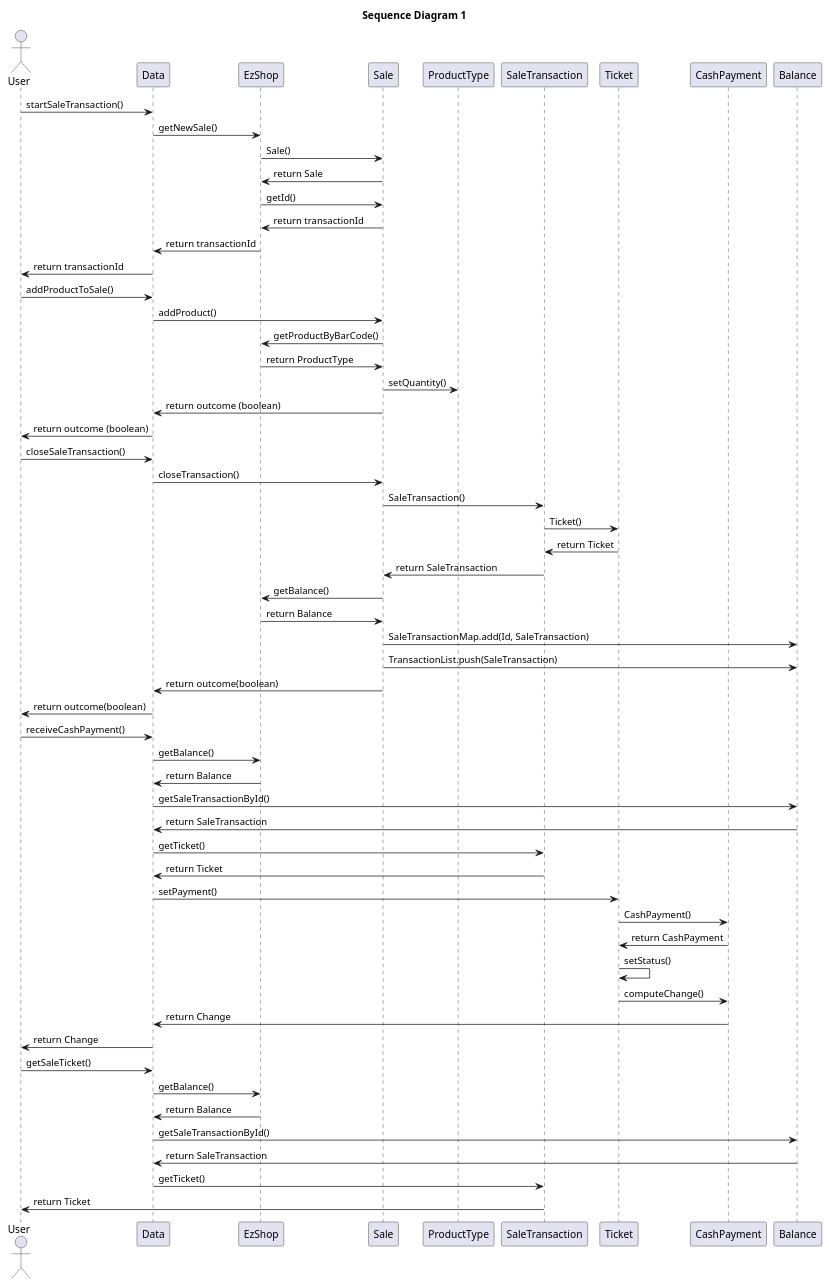
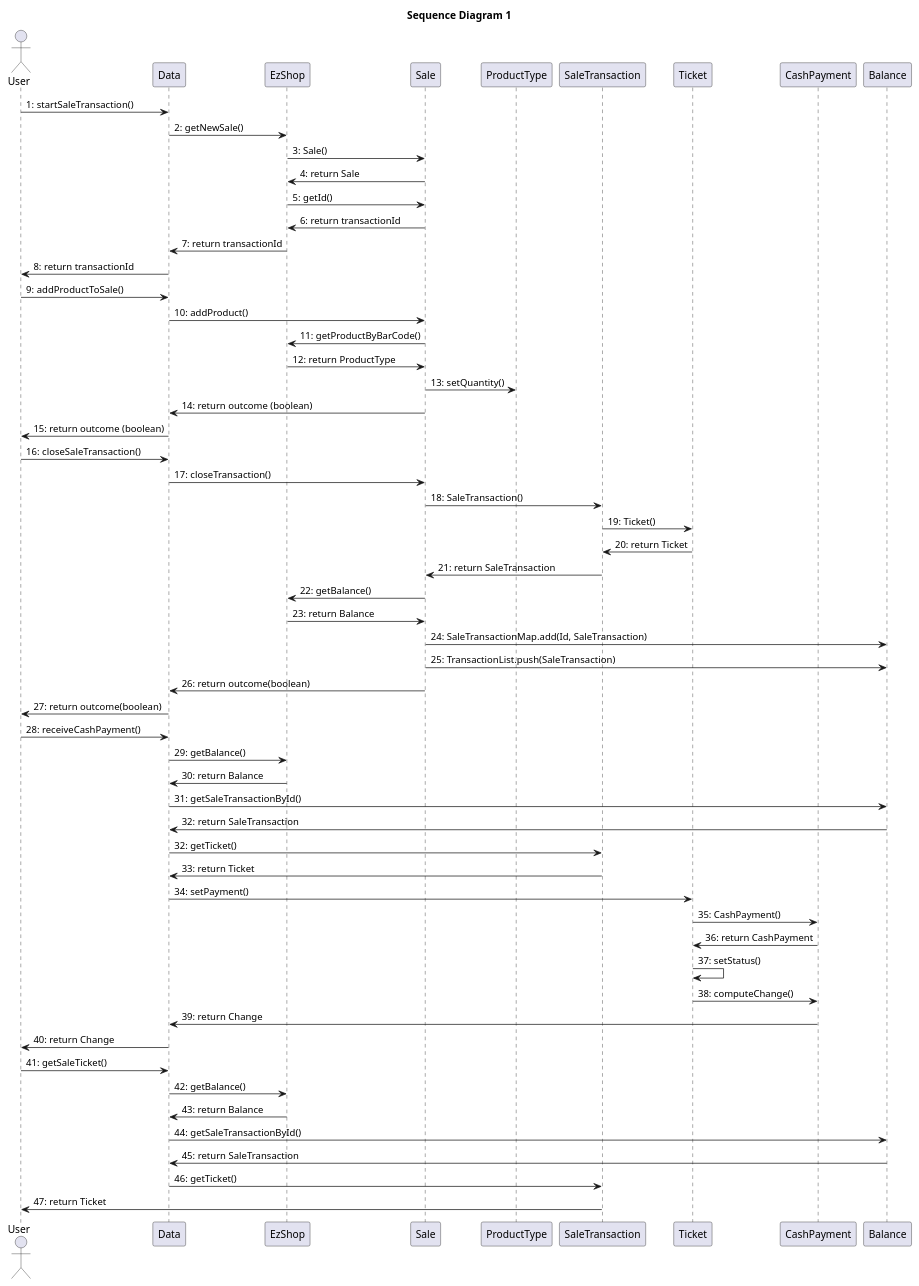
Before and after one commit to paolotron/EzshoProject31: the third of 3 diagrams in Deliverables/DesignDocument.md, drawn with PlantUML.

````diff
--- a/Deliverables/DesignDocument.md
+++ b/Deliverables/DesignDocument.md
@@ -309,63 +309,63 @@
 ``` plantuml
 @startuml
 title "Sequence Diagram 1"
 actor User
 participant Data
 participant EzShop
 participant Sale
 participant ProductType
 participant SaleTransaction
 participant Ticket
 participant CashPayment
 
-User -> Data: startSaleTransaction()
-Data -> EzShop: getNewSale()
-EzShop -> Sale: Sale()
-Sale -> EzShop: return Sale
-EzShop -> Sale: getId()
-Sale -> EzShop: return transactionId
-EzShop -> Data: return transactionId
-Data -> User: return transactionId
-User -> Data: addProductToSale()
-Data -> Sale: addProduct()
-Sale -> EzShop: getProductByBarCode()
-EzShop -> Sale: return ProductType
-Sale -> ProductType: setQuantity()
-Sale -> Data: return outcome (boolean)
-Data -> User: return outcome (boolean)
-User -> Data: closeSaleTransaction()
-Data -> Sale: closeTransaction()
-Sale -> SaleTransaction: SaleTransaction()
-SaleTransaction -> Ticket: Ticket()
-Ticket -> SaleTransaction: return Ticket
-SaleTransaction -> Sale: return SaleTransaction
-Sale -> EzShop: getBalance()
-EzShop -> Sale: return Balance
-Sale -> Balance: SaleTransactionMap.add(Id, SaleTransaction)
-Sale -> Balance: TransactionList.push(SaleTransaction)
-Sale -> Data: return outcome(boolean)
-Data -> User: return outcome(boolean)
-User -> Data: receiveCashPayment()
-Data -> EzShop: getBalance()
-EzShop -> Data: return Balance
-Data -> Balance: getSaleTransactionById()
-Balance -> Data: return SaleTransaction
-Data -> SaleTransaction: getTicket()
-SaleTransaction -> Data: return Ticket
-Data -> Ticket: setPayment()
-Ticket -> CashPayment: CashPayment()
-CashPayment -> Ticket: return CashPayment
-Ticket -> Ticket: setStatus()
-Ticket -> CashPayment: computeChange()
-CashPayment -> Data: return Change
-Data -> User: return Change
-User -> Data: getSaleTicket()
-Data -> EzShop: getBalance()
-EzShop -> Data: return Balance
-Data -> Balance: getSaleTransactionById()
-Balance -> Data: return SaleTransaction
-Data -> SaleTransaction: getTicket()
-SaleTransaction -> User: return Ticket
+User -> Data: 1: startSaleTransaction()
+Data -> EzShop: 2: getNewSale()
+EzShop -> Sale: 3: Sale()
+Sale -> EzShop: 4: return Sale
+EzShop -> Sale: 5: getId()
+Sale -> EzShop: 6: return transactionId
+EzShop -> Data: 7: return transactionId
+Data -> User: 8: return transactionId
+User -> Data: 9: addProductToSale()
+Data -> Sale: 10: addProduct()
+Sale -> EzShop: 11: getProductByBarCode()
+EzShop -> Sale: 12: return ProductType
+Sale -> ProductType: 13: setQuantity()
+Sale -> Data: 14: return outcome (boolean)
+Data -> User: 15: return outcome (boolean)
+User -> Data: 16: closeSaleTransaction()
+Data -> Sale: 17: closeTransaction()
+Sale -> SaleTransaction: 18: SaleTransaction()
+SaleTransaction -> Ticket: 19: Ticket()
+Ticket -> SaleTransaction: 20: return Ticket
+SaleTransaction -> Sale: 21: return SaleTransaction
+Sale -> EzShop: 22: getBalance()
+EzShop -> Sale: 23: return Balance
+Sale -> Balance: 24: SaleTransactionMap.add(Id, SaleTransaction)
+Sale -> Balance: 25: TransactionList.push(SaleTransaction)
+Sale -> Data: 26: return outcome(boolean)
+Data -> User: 27: return outcome(boolean)
+User -> Data: 28: receiveCashPayment()
+Data -> EzShop: 29: getBalance()
+EzShop -> Data: 30: return Balance
+Data -> Balance: 31: getSaleTransactionById()
+Balance -> Data: 32: return SaleTransaction
+Data -> SaleTransaction: 32: getTicket()
+SaleTransaction -> Data: 33: return Ticket
+Data -> Ticket: 34: setPayment()
+Ticket -> CashPayment: 35: CashPayment()
+CashPayment -> Ticket: 36: return CashPayment
+Ticket -> Ticket: 37: setStatus()
+Ticket -> CashPayment: 38: computeChange()
+CashPayment -> Data: 39: return Change
+Data -> User: 40: return Change
+User -> Data: 41: getSaleTicket()
+Data -> EzShop: 42: getBalance()
+EzShop -> Data: 43: return Balance
+Data -> Balance: 44: getSaleTransactionById()
+Balance -> Data: 45: return SaleTransaction
+Data -> SaleTransaction: 46: getTicket()
+SaleTransaction -> User: 47: return Ticket
 
 @enduml
 ```
````
